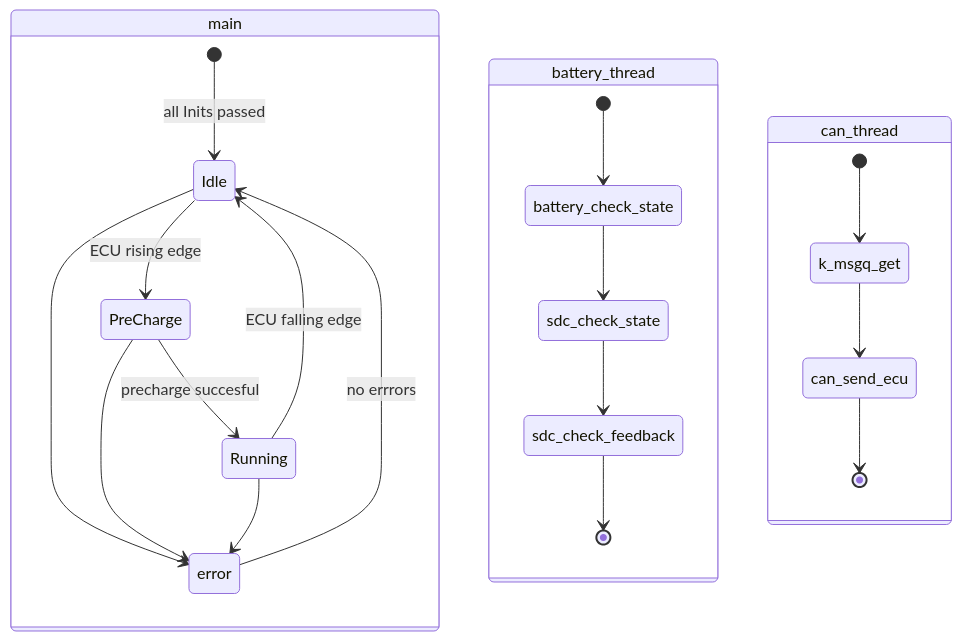
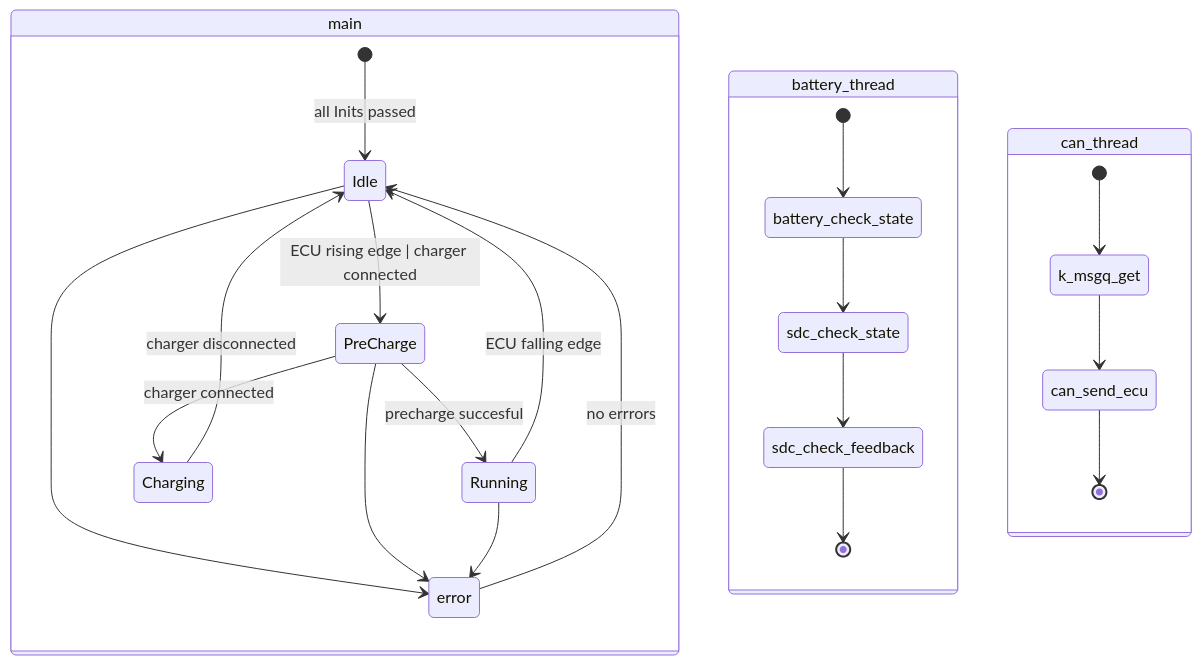
One commit to renolluc/BMS_zephyr changed the second of 3 diagrams in README.md. Above: the diagram before and after it, drawn with Mermaid.

Commit message:
added charging state to readme

````diff
--- a/README.md
+++ b/README.md
@@ -142,29 +142,31 @@
 ```mermaid
 stateDiagram-v2
 
 state main{
     [*] --> Idle: all Inits passed
     error --> Idle: no errrors
     Idle --> error
     PreCharge --> error
     Running --> error
-    Idle --> PreCharge: ECU rising edge
+    Idle --> PreCharge: ECU rising edge | charger connected
     PreCharge --> Running : precharge succesful
+    Charging --> Idle : charger disconnected
+    PreCharge --> Charging: charger connected
     Running --> Idle : ECU falling edge
 
 }
 
 state battery_thread{
     [*] --> battery_check_state
     battery_check_state --> sdc_check_state
     sdc_check_state --> sdc_check_feedback
     sdc_check_feedback --> [*]
 }
 
 state can_thread{
     [*] --> k_msgq_get
     k_msgq_get --> can_send_ecu
     can_send_ecu --> [*]
 }
 
 ```
````
